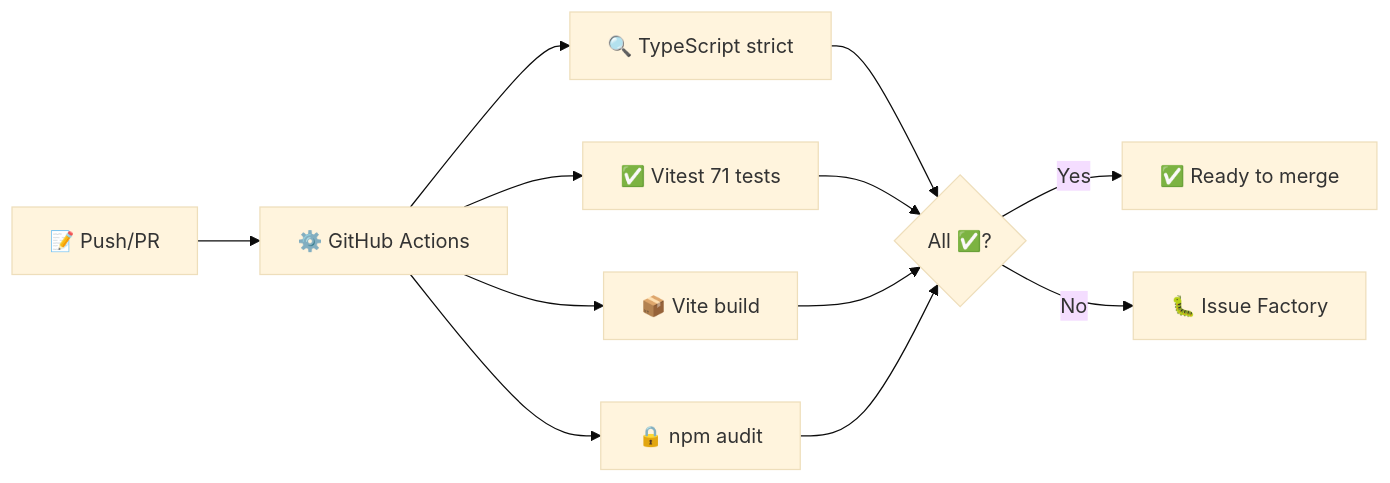
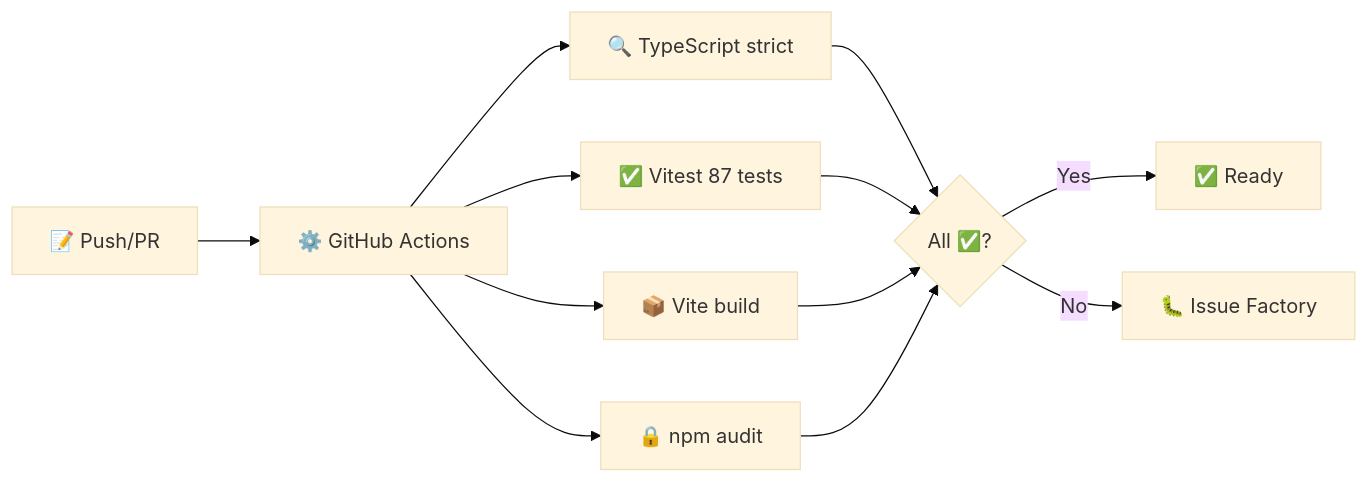
The third of 4 diagrams in README.md (Kensan196948G/Civil-Draw), drawn with Mermaid (base theme) before and after one commit. The commit also changed other lines of this file, not shown here.

````diff
--- a/README.md
+++ b/README.md
@@ -252,11 +266,11 @@
 ```mermaid
 flowchart LR
     A[📝 Push/PR] --> B[⚙️ GitHub Actions]
     B --> C[🔍 TypeScript strict]
-    B --> D[✅ Vitest 71 tests]
+    B --> D[✅ Vitest 87 tests]
     B --> E[📦 Vite build]
     B --> F[🔒 npm audit]
     C & D & E & F --> G{All ✅?}
-    G -->|Yes| H[✅ Ready to merge]
+    G -->|Yes| H[✅ Ready]
     G -->|No| I[🐛 Issue Factory]
 ```
````
